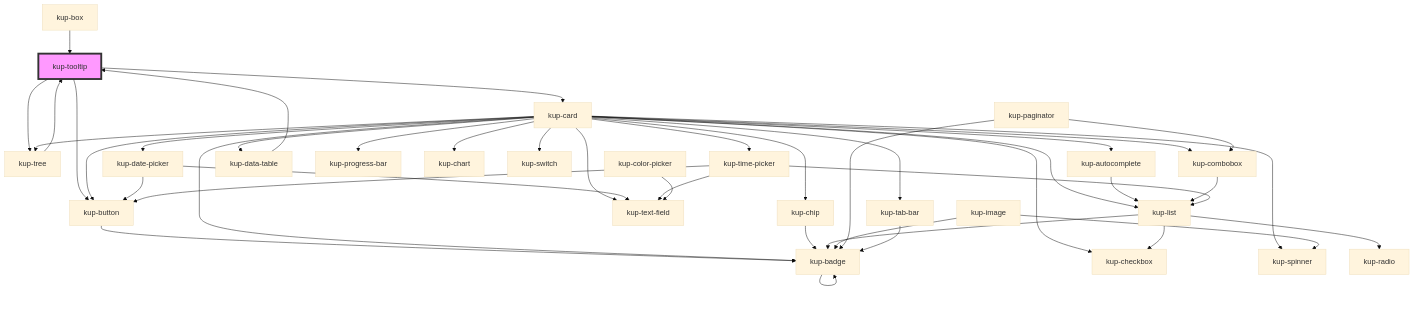
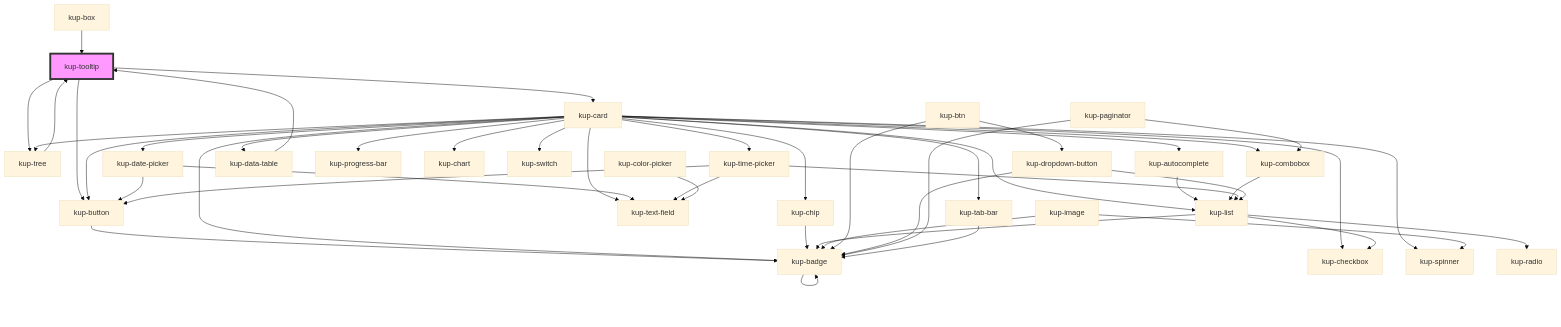
Before and after one commit to smeup/ketchup: the diagram in packages/ketchup/src/components/kup-tooltip/readme.md, drawn with Mermaid (base theme). The commit also changed 14 other files, not shown here.

Commit message:
Dropdown button: small refactoring to improve typing and JSDoc.

````diff
--- a/packages/ketchup/src/components/kup-tooltip/readme.md
+++ b/packages/ketchup/src/components/kup-tooltip/readme.md
@@ -96,46 +96,50 @@
 ```mermaid
 graph TD;
   kup-tooltip --> kup-button
   kup-tooltip --> kup-card
   kup-tooltip --> kup-tree
   kup-button --> kup-badge
   kup-badge --> kup-badge
   kup-card --> kup-chip
   kup-card --> kup-badge
   kup-card --> kup-autocomplete
   kup-card --> kup-button
   kup-card --> kup-checkbox
   kup-card --> kup-combobox
   kup-card --> kup-date-picker
   kup-card --> kup-text-field
   kup-card --> kup-time-picker
   kup-card --> kup-data-table
   kup-card --> kup-list
   kup-card --> kup-progress-bar
   kup-card --> kup-chart
   kup-card --> kup-spinner
   kup-card --> kup-tab-bar
   kup-card --> kup-tree
   kup-card --> kup-switch
   kup-chip --> kup-badge
   kup-autocomplete --> kup-list
   kup-list --> kup-radio
   kup-list --> kup-checkbox
   kup-list --> kup-badge
   kup-combobox --> kup-list
   kup-date-picker --> kup-text-field
   kup-date-picker --> kup-button
   kup-time-picker --> kup-text-field
   kup-time-picker --> kup-button
   kup-time-picker --> kup-list
   kup-data-table --> kup-tooltip
   kup-image --> kup-spinner
   kup-image --> kup-badge
+  kup-btn --> kup-dropdown-button
+  kup-btn --> kup-badge
+  kup-dropdown-button --> kup-list
+  kup-dropdown-button --> kup-badge
   kup-color-picker --> kup-text-field
   kup-paginator --> kup-combobox
   kup-paginator --> kup-badge
   kup-tab-bar --> kup-badge
   kup-tree --> kup-tooltip
   kup-box --> kup-tooltip
   style kup-tooltip fill:#f9f,stroke:#333,stroke-width:4px
 ```
````
